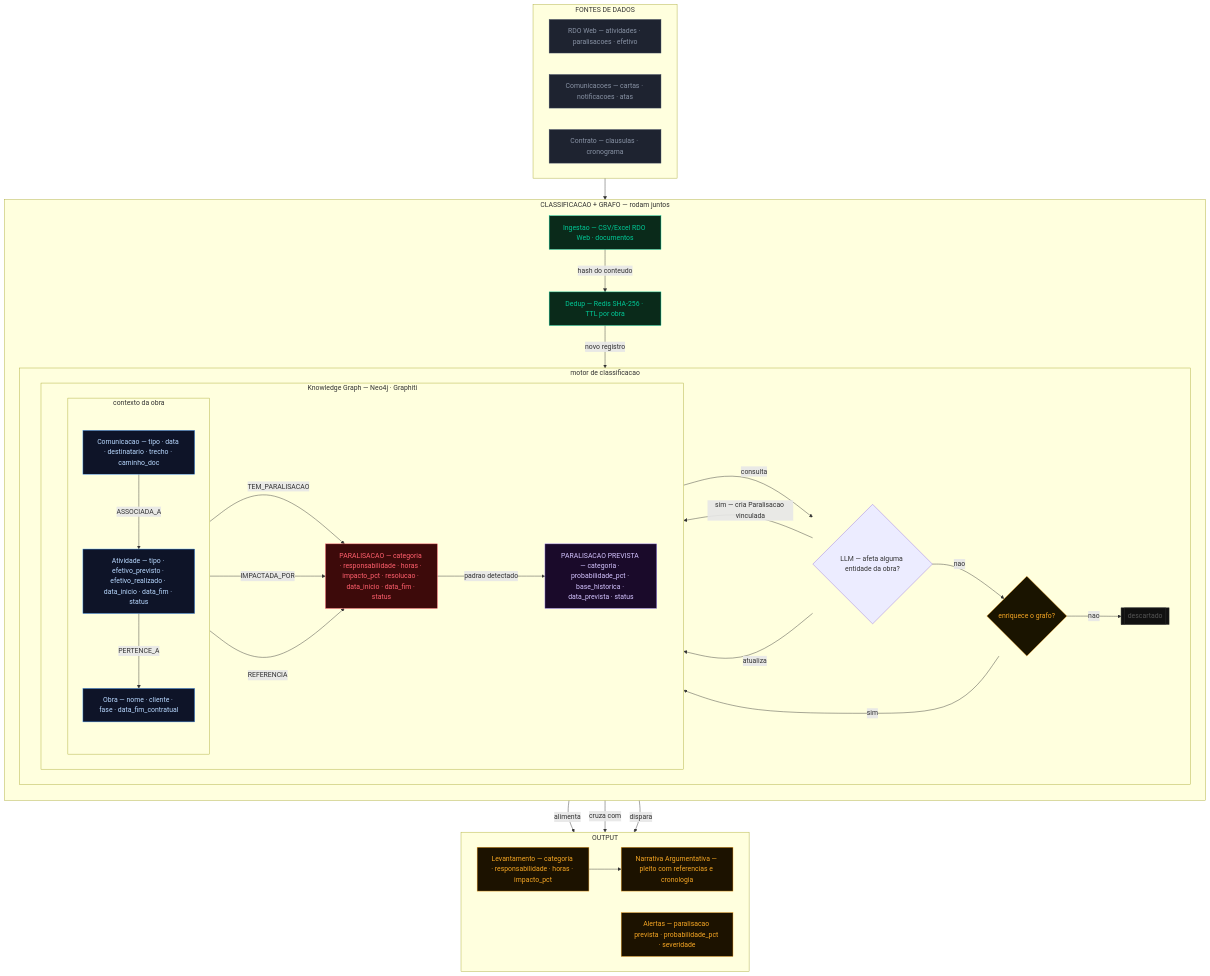
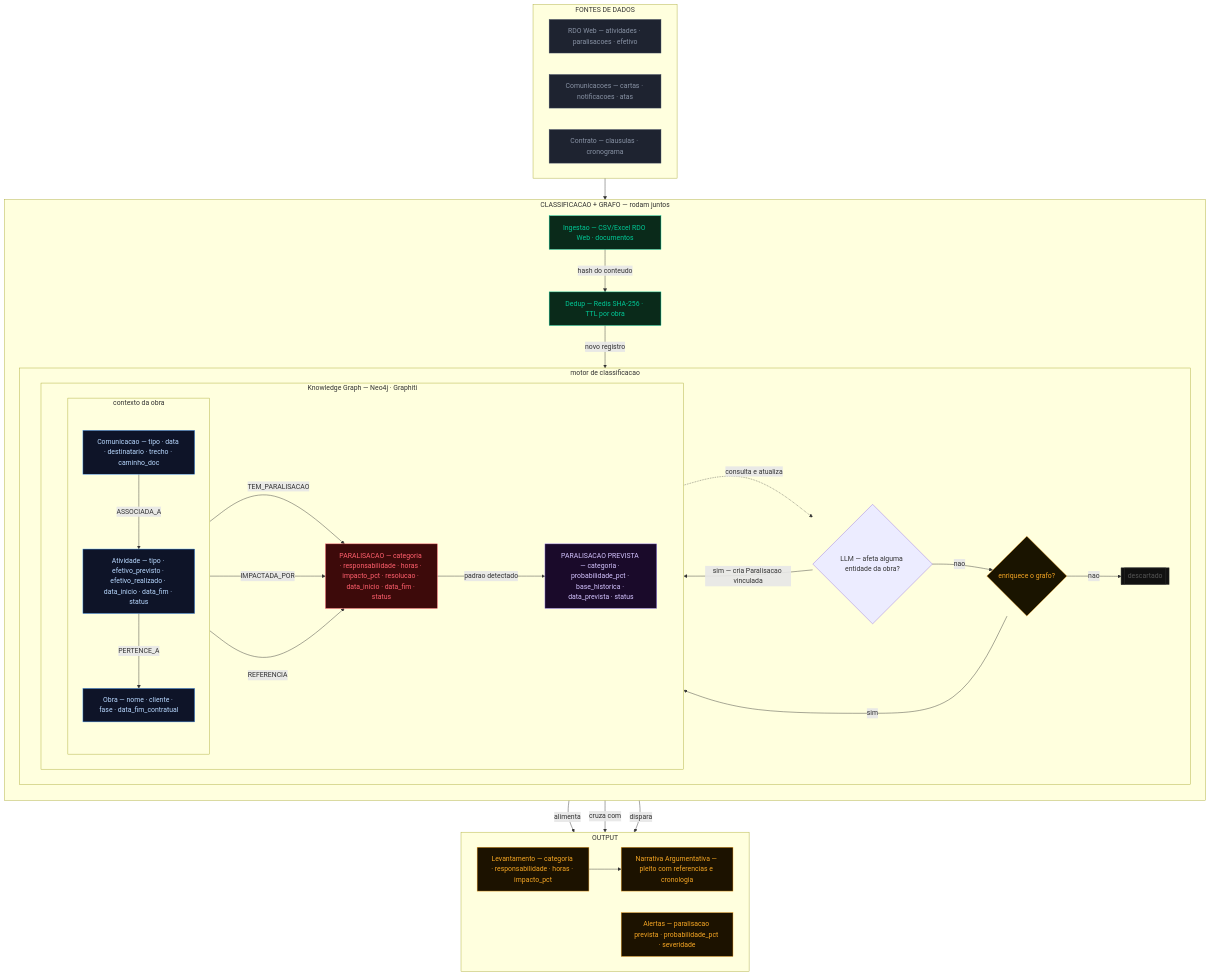
The diagram in README.md (FeLisak/segundo-cerebro-obra), drawn with Mermaid before and after one commit.

Commit message:
Update README.md for clarity and formatting

```diff
--- a/README.md
+++ b/README.md
@@ -52,8 +52,7 @@
             LLM -->|nao| CRIAR
             CRIAR -->|sim| E1
             CRIAR -->|nao| DESCARTE[["descartado"]]
-            KG -->|consulta| LLM
-            LLM -->|atualiza| KG
+            KG -.->|consulta e atualiza| LLM
         end
 
         P1 -->|hash do conteudo| P2
```
